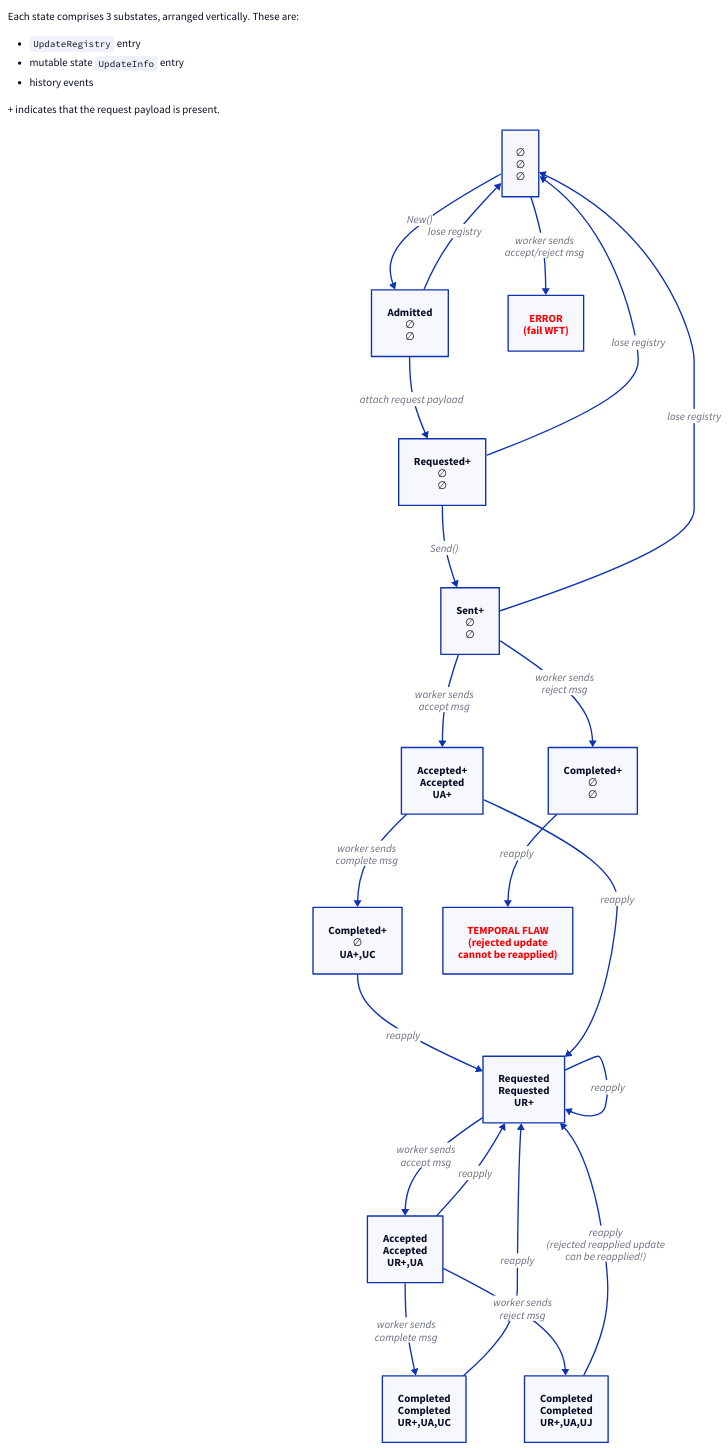
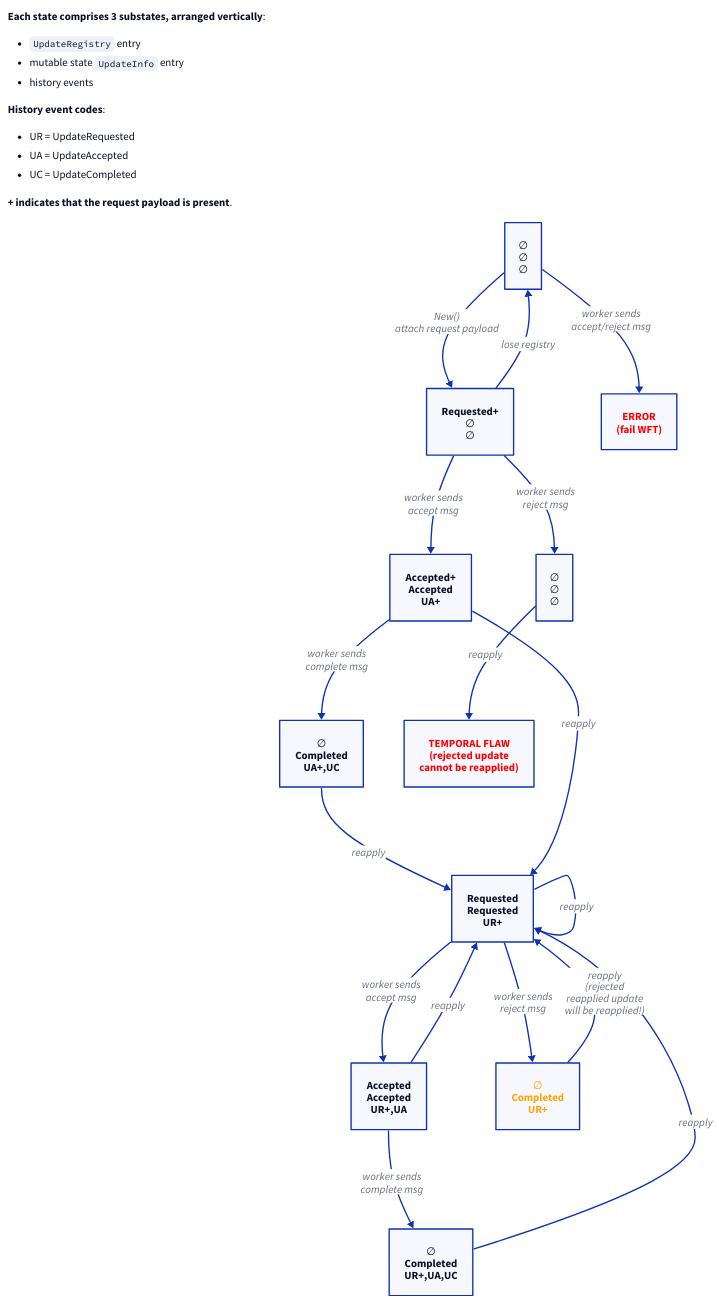
One commit to dandavison/temporalio-notes changed the diagram in diagrams/update-sm-all.d2. Above: the diagram before and after it, drawn with D2.

Commit message:
Update diagram

```diff
--- a/diagrams/update-sm-all.d2
+++ b/diagrams/update-sm-all.d2
@@ -1,80 +1,95 @@
 explanation: |md
-  Each state comprises 3 substates, arranged vertically. These are:
+  **Each state comprises 3 substates, arranged vertically**:
   - `UpdateRegistry` entry
   - mutable state `UpdateInfo` entry
   - history events
 
-  \+ indicates that the request payload is present.
+  **History event codes**:
+
+  - UR = UpdateRequested
+  - UA = UpdateAccepted
+  - UC = UpdateCompleted
+
+  **\+ indicates that the request payload is present**.
+
 | {near: top-left}
 
-∅ -> Admitted: New()
-Admitted -> Requested+: attach request payload
-Requested+ -> Sent+: Send()
-Sent+ -> Accepted+: worker sends\naccept msg
+∅ -> Requested+: New()\nattach request payload
+
+# ∅ -> Admitted: New()
+# Admitted -> Requested+: attach request payload
+# Admitted -> ∅: lose registry
+# Admitted: {
+#     label: Admitted\n∅\n∅
+#   }
+
+Requested+ -> Accepted+: worker sends\naccept msg
+Requested+ -> Rejected+: worker sends\nreject msg
+# More accurately, with Sent state
+# Requested+ -> Sent+: Send()
+# Sent+ -> Accepted+: worker sends\naccept msg
+# Sent+ -> Rejected+: worker sends\nreject msg
+# Sent+ -> ∅: lose registry
+# Sent+: {
+#   label: Sent+\n∅\n∅
+# }
+
 Accepted+ -> Completed+: worker sends\ncomplete msg
-Sent+ -> Rejected+: worker sends\nreject msg
 
-Admitted -> ∅: lose registry
 Requested+ -> ∅: lose registry
-Sent+ -> ∅: lose registry
 # Accepted+ -> Accepted+: lose registry
 
 ∅ -> fail-wft: worker sends\naccept/reject msg
 
 ∅: {
   label: ∅\n∅\n∅\n
-}
-Sent+: {
-  label: Sent+\n∅\n∅
-}
-Admitted: {
-  label: Admitted\n∅\n∅
 }
 Requested+: {
   label: Requested+\n∅\n∅
 }
 Accepted+: {
   label: Accepted+\nAccepted\nUA+
 }
 Completed+: {
-  label: Completed+\n∅\nUA+,UC
+  label: ∅\nCompleted\nUA+,UC
 }
 Rejected+: {
-  label: Completed+\n∅\n∅
+  label: ∅\n∅\n∅
 }
 fail-wft: {
   label: ERROR\n(fail WFT)
   style.font-color: red
 }
 
 # With reapplied updates
 Completed+ -> ReappliedR: reapply
 Accepted+ -> ReappliedR: reapply
 Rejected+ -> bug-reapply-rejected: reapply
 ReappliedR -> ReappliedRA: worker sends\naccept msg
 ReappliedRA -> ReappliedRAC: worker sends\ncomplete msg
-ReappliedRA -> ReappliedRAJ: worker sends\nreject msg
+ReappliedR -> ReappliedRAJ: worker sends\nreject msg
 
 # Multiple reapplies
 ReappliedR -> ReappliedR: reapply
 ReappliedRA -> ReappliedR: reapply
 ReappliedRAC -> ReappliedR: reapply
-ReappliedRAJ -> ReappliedR: reapply\n(rejected reapplied update\ncan be reapplied!)
+ReappliedRAJ -> ReappliedR: reapply\n(rejected\nreapplied update\nwill be reapplied!)
 
 # Reapply states
 ReappliedR: {
   label: Requested\nRequested\nUR+
 }
 ReappliedRA: {
   label: Accepted\nAccepted\nUR+,UA
 }
 ReappliedRAC: {
-  label: Completed\nCompleted\nUR+,UA,UC
+  label: ∅\nCompleted\nUR+,UA,UC
 }
 ReappliedRAJ: {
-  label: Completed\nCompleted\nUR+,UA,UJ
+  label: ∅\nCompleted\nUR+
+  style.font-color: orange
 }
 bug-reapply-rejected: {
   label: TEMPORAL FLAW\n(rejected update\ncannot be reapplied)
   style.font-color: red
 }
```
